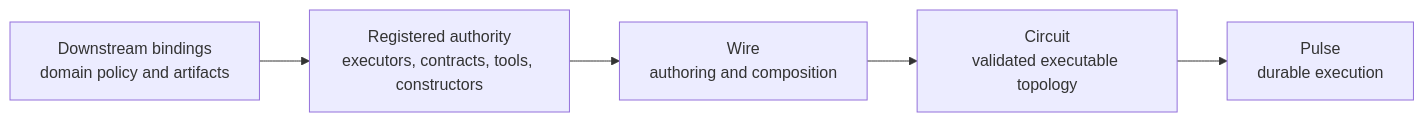
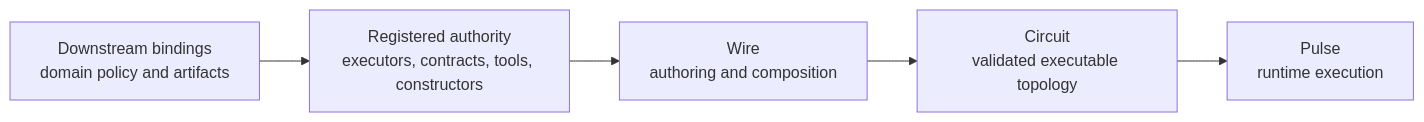
The first of 2 diagrams in docs/Architecture/05-wire-language.md (Digimuoto/cortex), drawn with Mermaid before and after one commit. The commit also changed other lines of this file and 13 other files, not shown here.

First line of the commit message:
docs(wire): document linear port graph layer

````diff
--- a/docs/Architecture/05-wire-language.md
+++ b/docs/Architecture/05-wire-language.md
@@ -56,7 +56,7 @@
 ```mermaid
 flowchart LR
     R[Registered authority<br/>executors, contracts, tools, constructors] --> W[Wire<br/>authoring and composition]
     W --> C[Circuit<br/>validated executable topology]
-    C --> P[Pulse<br/>durable execution]
+    C --> P[Pulse<br/>runtime execution]
     D[Downstream bindings<br/>domain policy and artifacts] --> R
 ```
````
